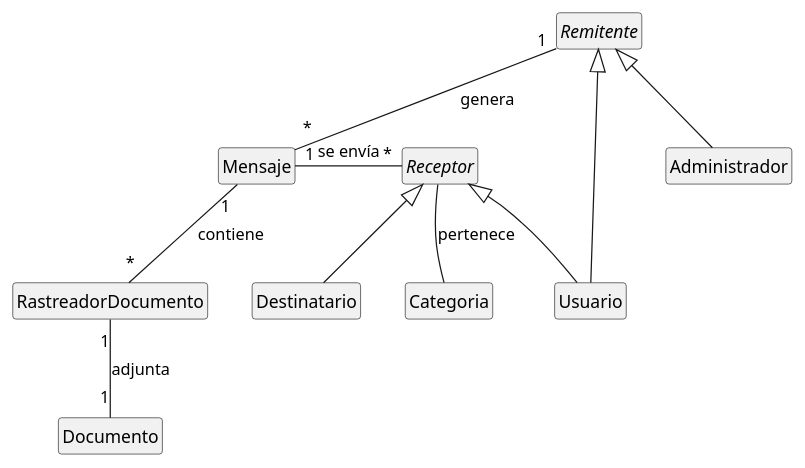
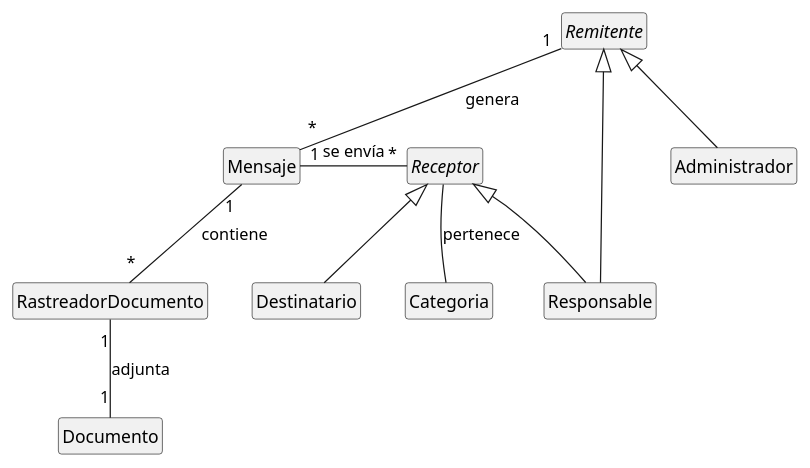
One commit to mmasias/24-25-IdSw1-SDR changed the diagram in docs/modeloDeDominio/diagramaDeClases/diagramaClasesIteracion2.puml. Above: the diagram before and after it, drawn with PlantUML.

```diff
--- a/docs/modeloDeDominio/diagramaDeClases/diagramaClasesIteracion2.puml
+++ b/docs/modeloDeDominio/diagramaDeClases/diagramaClasesIteracion2.puml
@@ -1,37 +1,37 @@
 @startuml
 hide empty members
 hide circle
 
 abstract Remitente
 
 class Mensaje
 
-class Usuario
+class Responsable
 
 class RastreadorDocumento
 
 abstract Receptor
 
 class Destinatario
 
 class Administrador
 
 class Categoria
 
 class Documento
 
 Remitente <|-- Administrador
-Remitente <|-- Usuario
+Remitente <|-- Responsable
 
 Receptor <|-- Destinatario
-Receptor <|-- Usuario
+Receptor <|-- Responsable
 Receptor -- Categoria : pertenece
 
 Remitente "1"--"*" Mensaje : genera
 
 Mensaje  "1"--"*" RastreadorDocumento : contiene
 
 Mensaje  "1"-r-"*" Receptor : se envía
 
 RastreadorDocumento "1"--"1" Documento: adjunta
 @enduml
```
